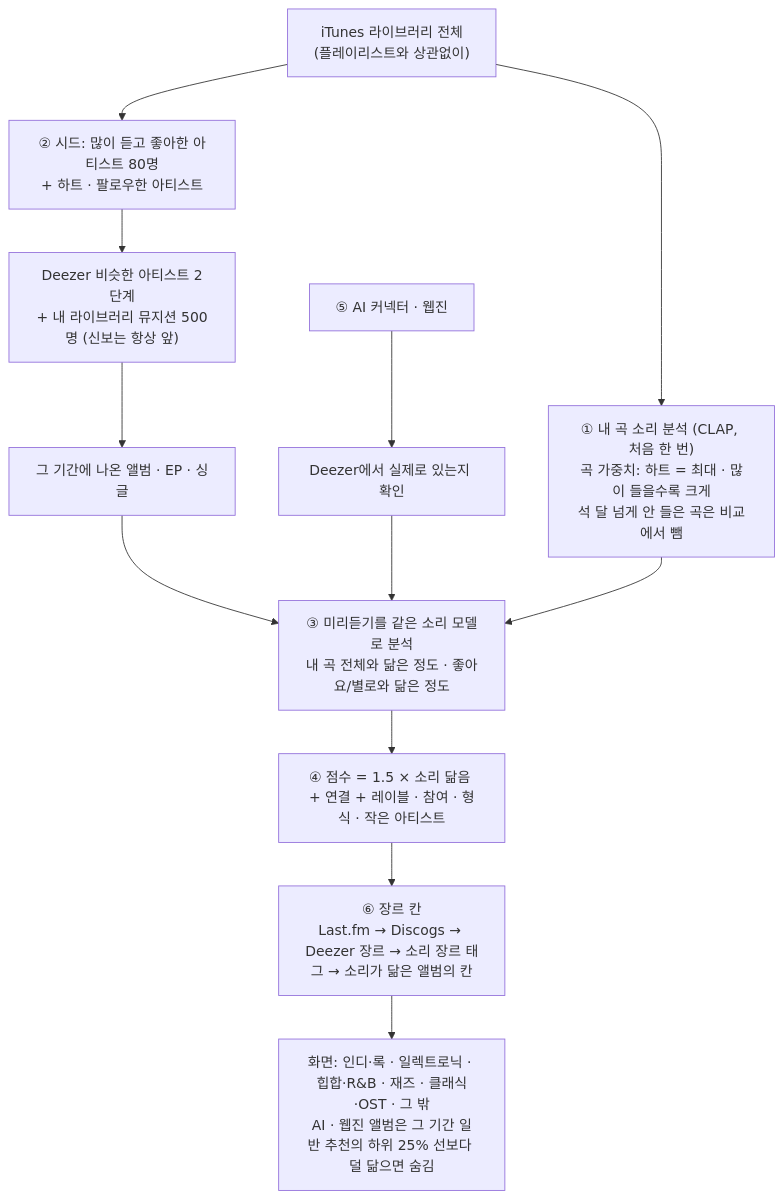
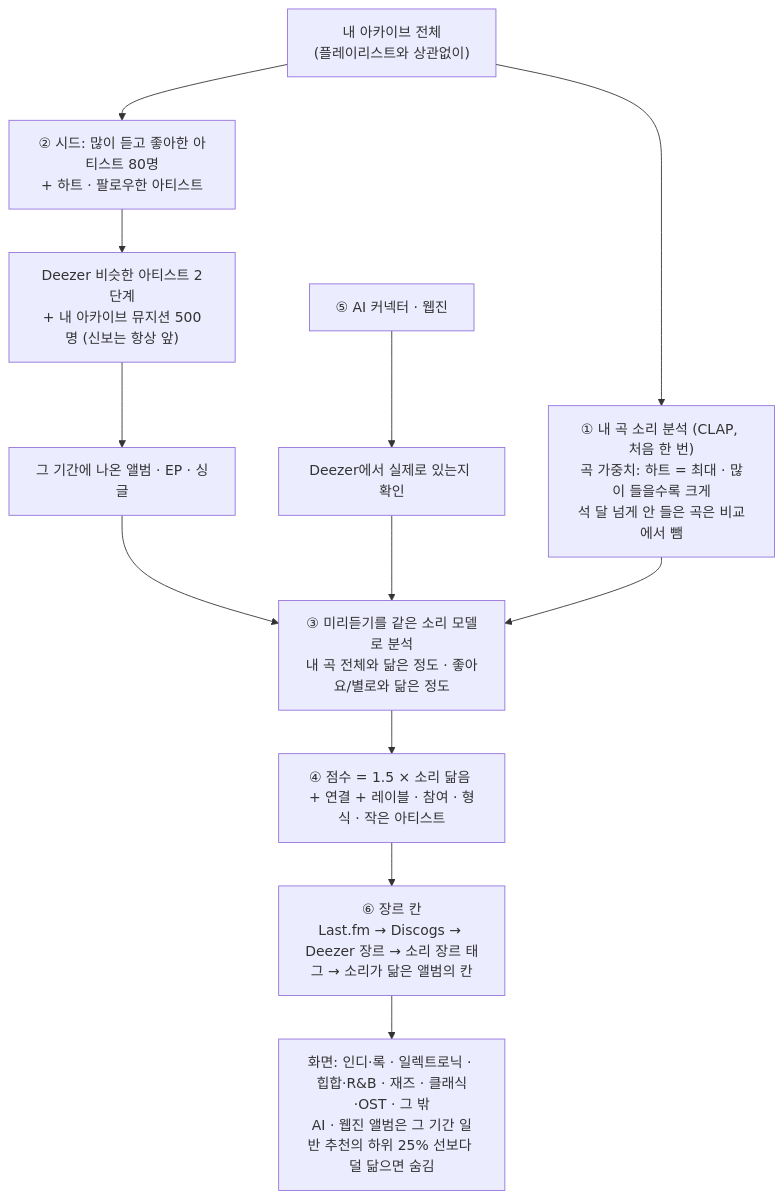
Before and after one commit to plastiqvox/RecipeSong: the diagram in docs/recommendation.md, drawn with Mermaid. The commit also changed other lines of this file and 18 other files, not shown here.

````diff
--- a/docs/recommendation.md
+++ b/docs/recommendation.md
@@ -11,15 +11,15 @@
 ```mermaid
 flowchart TD
-    lib["iTunes 라이브러리 전체<br/>(플레이리스트와 상관없이)"]
+    lib["내 아카이브 전체<br/>(플레이리스트와 상관없이)"]
     lib --> emb["① 내 곡 소리 분석 (CLAP, 처음 한 번)<br/>곡 가중치: 하트 = 최대 · 많이 들을수록 크게<br/>석 달 넘게 안 들은 곡은 비교에서 뺌"]
     lib --> seed["② 시드: 많이 듣고 좋아한 아티스트 80명<br/>+ 하트 · 팔로우한 아티스트"]
-    seed --> pool["Deezer 비슷한 아티스트 2단계<br/>+ 내 라이브러리 뮤지션 500명 (신보는 항상 앞)"]
+    seed --> pool["Deezer 비슷한 아티스트 2단계<br/>+ 내 아카이브 뮤지션 500명 (신보는 항상 앞)"]
     pool --> rel["그 기간에 나온 앨범 · EP · 싱글"]
     ext["⑤ AI 커넥터 · 웹진"] --> dz["Deezer에서 실제로 있는지 확인"]
     rel --> listen["③ 미리듣기를 같은 소리 모델로 분석<br/>내 곡 전체와 닮은 정도 · 좋아요/별로와 닮은 정도"]
     dz --> listen
     emb --> listen
     listen --> score["④ 점수 = 1.5 × 소리 닮음 + 연결 + 레이블 · 참여 · 형식 · 작은 아티스트"]
     score --> group["⑥ 장르 칸<br/>Last.fm → Discogs → Deezer 장르 → 소리 장르 태그 → 소리가 닮은 앨범의 칸"]
     group --> show["화면: 인디·록 · 일렉트로닉 · 힙합·R&B · 재즈 · 클래식·OST · 그 밖<br/>AI · 웹진 앨범은 그 기간 일반 추천의 하위 25% 선보다 덜 닮으면 숨김"]
 ```
````
